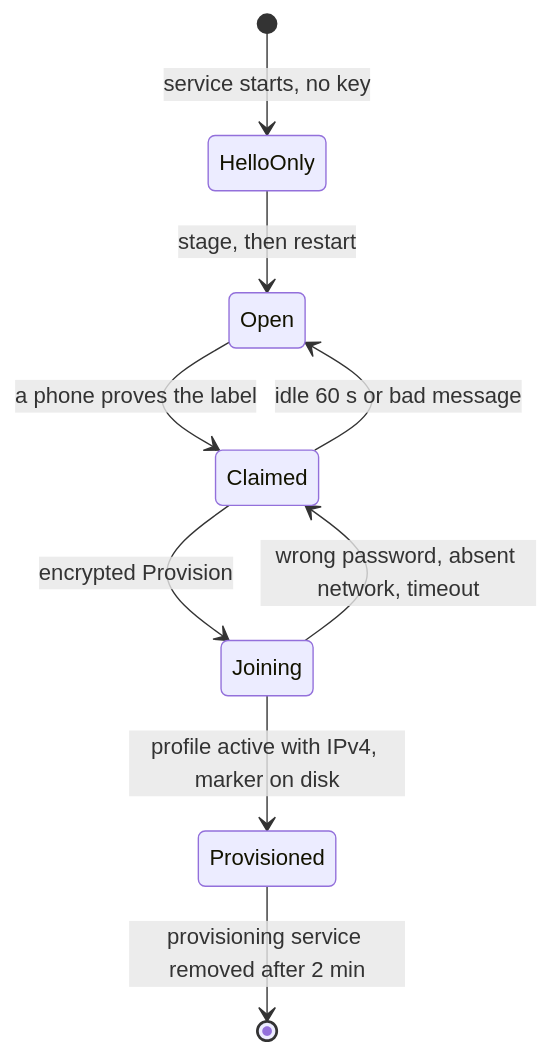
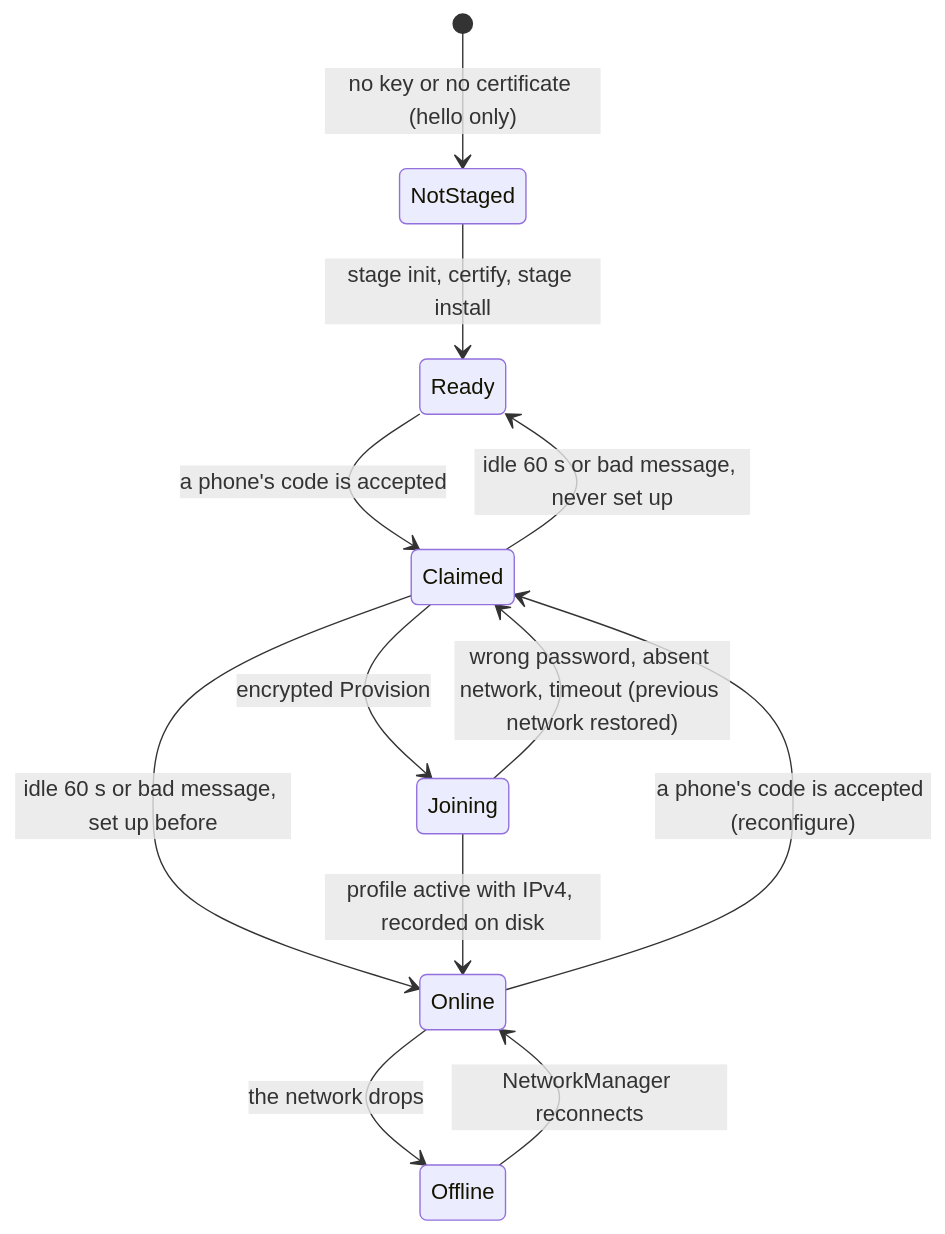
Before and after one commit to NoeBrt/Teton-Provide: the third of 5 diagrams in docs/ARCHITECTURE.md, drawn with Mermaid. The commit also changed other lines of this file and 12 other files, not shown here.

````diff
--- a/docs/ARCHITECTURE.md
+++ b/docs/ARCHITECTURE.md
@@ -114,11 +121,14 @@
 ```mermaid
 stateDiagram-v2
-    [*] --> HelloOnly: service starts, no key
-    HelloOnly --> Open: stage, then restart
-    Open --> Claimed: a phone proves the label
-    Claimed --> Open: idle 60 s or bad message
+    [*] --> NotStaged: no key or no certificate (hello only)
+    NotStaged --> Ready: stage init, certify, stage install
+    Ready --> Claimed: a phone's code is accepted
+    Online --> Claimed: a phone's code is accepted (reconfigure)
+    Claimed --> Ready: idle 60 s or bad message, never set up
+    Claimed --> Online: idle 60 s or bad message, set up before
     Claimed --> Joining: encrypted Provision
-    Joining --> Claimed: wrong password, absent network, timeout
-    Joining --> Provisioned: profile active with IPv4, marker on disk
-    Provisioned --> [*]: provisioning service removed after 2 min
+    Joining --> Claimed: wrong password, absent network, timeout (previous network restored)
+    Joining --> Online: profile active with IPv4, recorded on disk
+    Online --> Offline: the network drops
+    Offline --> Online: NetworkManager reconnects
 ```
````
